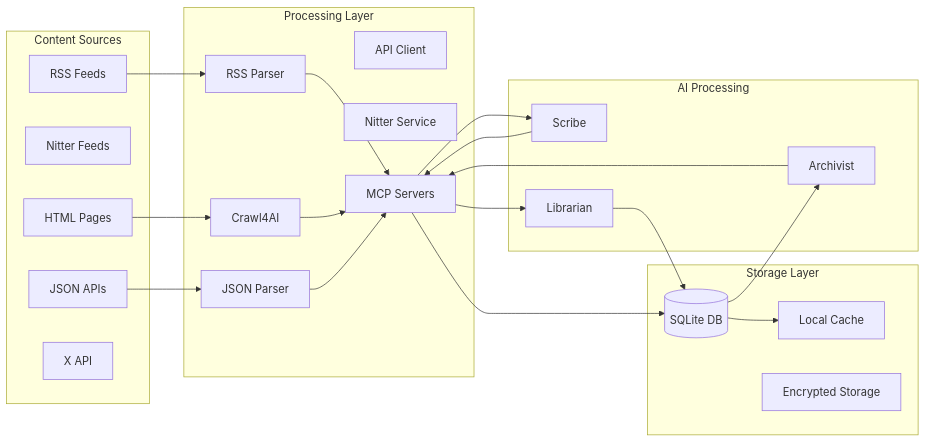
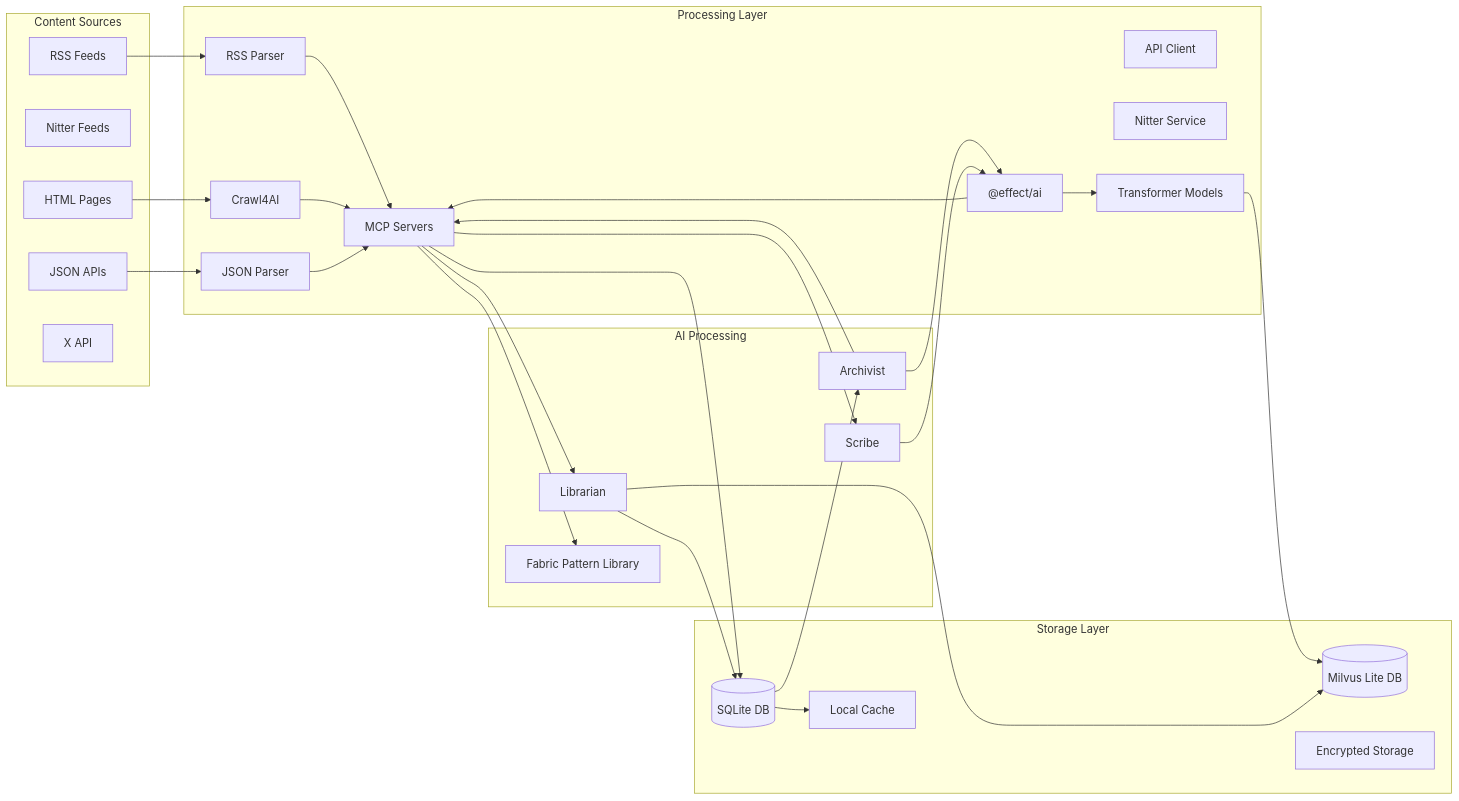
One commit to caramoussin/webinsight changed the second of 4 diagrams in documentation/technical-specs.md. Above: the diagram before and after it, drawn with Mermaid. The commit also changed other lines of this file and 7 other files, not shown here.

First line of the commit message:
feat: Integrate transformers, @effect/ai, and Milvus Lite into WebInsight architecture

````diff
--- a/documentation/technical-specs.md
+++ b/documentation/technical-specs.md
@@ -256,42 +283,52 @@
 ```mermaid
 flowchart LR
     subgraph Sources["Content Sources"]
         RSS[RSS Feeds]
         NIT[Nitter Feeds]
         HTML[HTML Pages]
         JSON[JSON APIs]
         XAPI[X API]
     end
     subgraph Processing["Processing Layer"]
         P1[RSS Parser]
         P2[Crawl4AI]
         P3[JSON Parser]
         P4[API Client]
         P5[Nitter Service]
         MCP[MCP Servers]
+        TF[Transformer Models]
+        EA["@effect/ai"]
     end
     subgraph Storage["Storage Layer"]
         DB[(SQLite DB)]
+        MDB[(Milvus Lite DB)]
         Cache[Local Cache]
         SecStore[Encrypted Storage]
     end
     subgraph AI["AI Processing"]
         A[Archivist]
         S[Scribe]
         L[Librarian]
+        FP[Fabric Pattern Library]
     end
     RSS --> P1
     HTML --> P2
     JSON --> P3
     P1 --> MCP
     P2 --> MCP
     P3 --> MCP
+    MCP --> FP
     MCP --> DB
     DB --> Cache
     DB --> A
+    A --> EA
+    EA --> TF
+    TF --> MDB
     A --> MCP
     MCP --> S
-    S --> MCP
+    S --> EA
+    EA --> MCP
     MCP --> L
+    L --> MDB
     L --> DB
 ```
````
